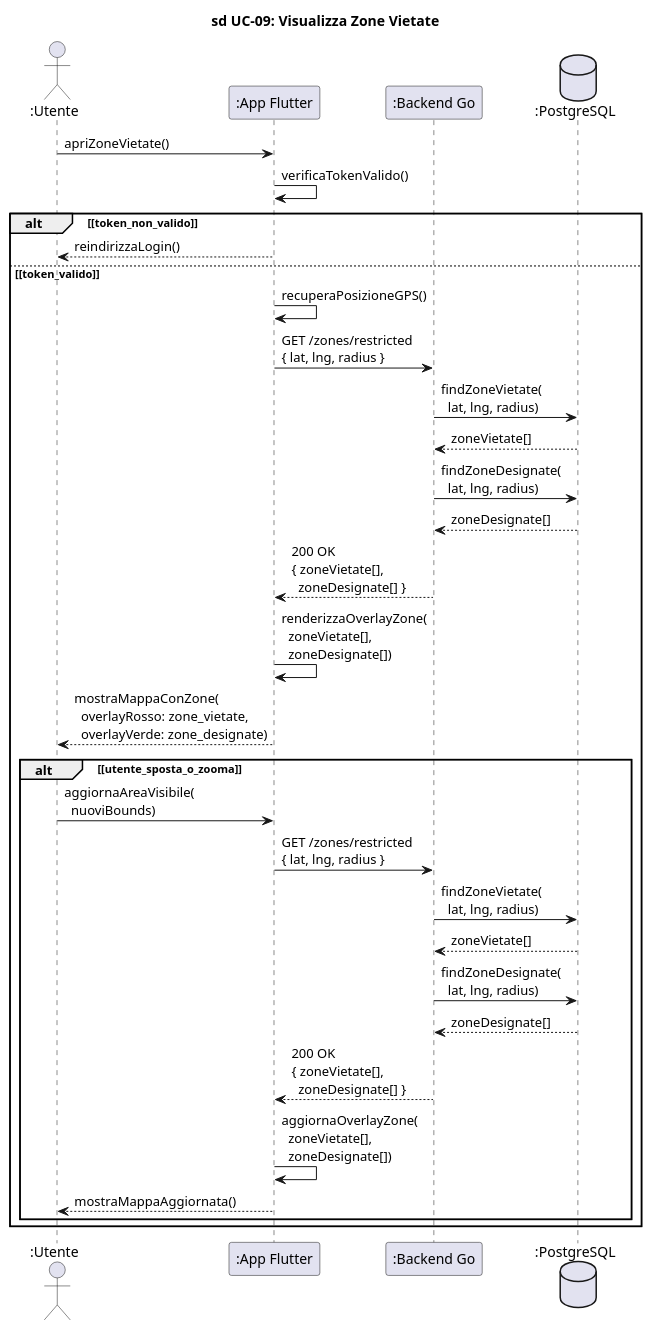
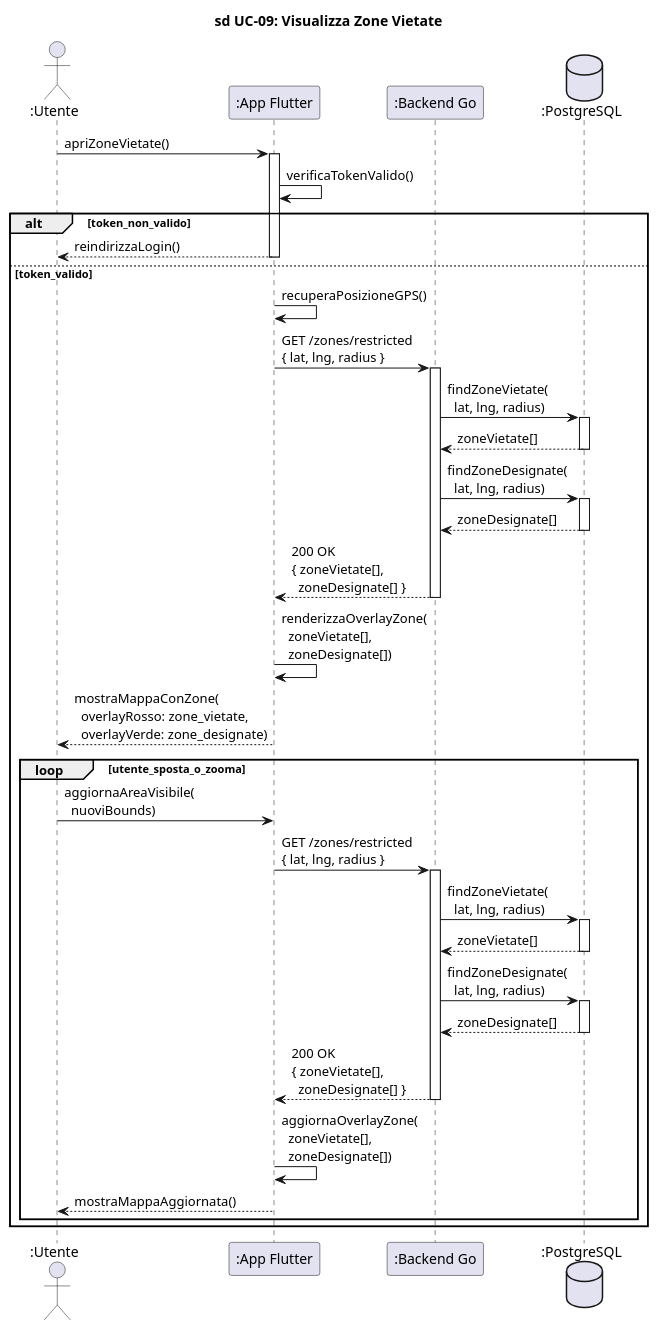
One commit to Lorisforse/Zipply changed the diagram in docs/diagrams/puml/Sprint 1/sd_UC09_VisualizzaZoneVietate.puml. Above: the diagram before and after it, drawn with PlantUML. The commit also changed 65 other files, not shown here.

Commit message:
Aggiunta UML sprint 3

```diff
--- a/docs/diagrams/puml/Sprint 1/sd_UC09_VisualizzaZoneVietate.puml
+++ b/docs/diagrams/puml/Sprint 1/sd_UC09_VisualizzaZoneVietate.puml
@@ -1,51 +1,67 @@
 @startuml sd_UC09_VisualizzaZoneVietate
 
 title sd UC-09: Visualizza Zone Vietate
 
 skinparam hyperlinkColor black
 skinparam hyperlinkUnderline false
 
 actor ":Utente" as Utente
 participant ":App Flutter" as App
 participant ":Backend Go" as Backend
 database ":PostgreSQL" as DB
 
 Utente -> App : apriZoneVietate()
+activate App
 
 App -> App : verificaTokenValido()
 
-alt ~[token_non_valido~]
+alt token_non_valido
     App --> Utente : reindirizzaLogin()
-else ~[token_valido~]
+    deactivate App
+else token_valido
 
     App -> App : recuperaPosizioneGPS()
 
     App -> Backend : GET /zones/restricted\n{ lat, lng, radius }
+    activate Backend
 
     Backend -> DB : findZoneVietate(\n  lat, lng, radius)
+    activate DB
     DB --> Backend : zoneVietate[]
+    deactivate DB
 
     Backend -> DB : findZoneDesignate(\n  lat, lng, radius)
+    activate DB
     DB --> Backend : zoneDesignate[]
+    deactivate DB
 
     Backend --> App : 200 OK\n{ zoneVietate[],\n  zoneDesignate[] }
+    deactivate Backend
 
     App -> App : renderizzaOverlayZone(\n  zoneVietate[],\n  zoneDesignate[])
 
     App --> Utente : mostraMappaConZone(\n  overlayRosso: zone_vietate,\n  overlayVerde: zone_designate)
 
-    alt ~[utente_sposta_o_zooma~]
+    loop utente_sposta_o_zooma
         Utente -> App : aggiornaAreaVisibile(\n  nuoviBounds)
         App -> Backend : GET /zones/restricted\n{ lat, lng, radius }
+        activate Backend
         Backend -> DB : findZoneVietate(\n  lat, lng, radius)
+        activate DB
         DB --> Backend : zoneVietate[]
+        deactivate DB
         Backend -> DB : findZoneDesignate(\n  lat, lng, radius)
+        activate DB
         DB --> Backend : zoneDesignate[]
+        deactivate DB
         Backend --> App : 200 OK\n{ zoneVietate[],\n  zoneDesignate[] }
-        App -> App : aggiornаOverlayZone(\n  zoneVietate[],\n  zoneDesignate[])
+        deactivate Backend
+        App -> App : aggiornaOverlayZone(\n  zoneVietate[],\n  zoneDesignate[])
         App --> Utente : mostraMappaAggiornata()
     end
+
+    deactivate App
 
 end
 
 @enduml
```
